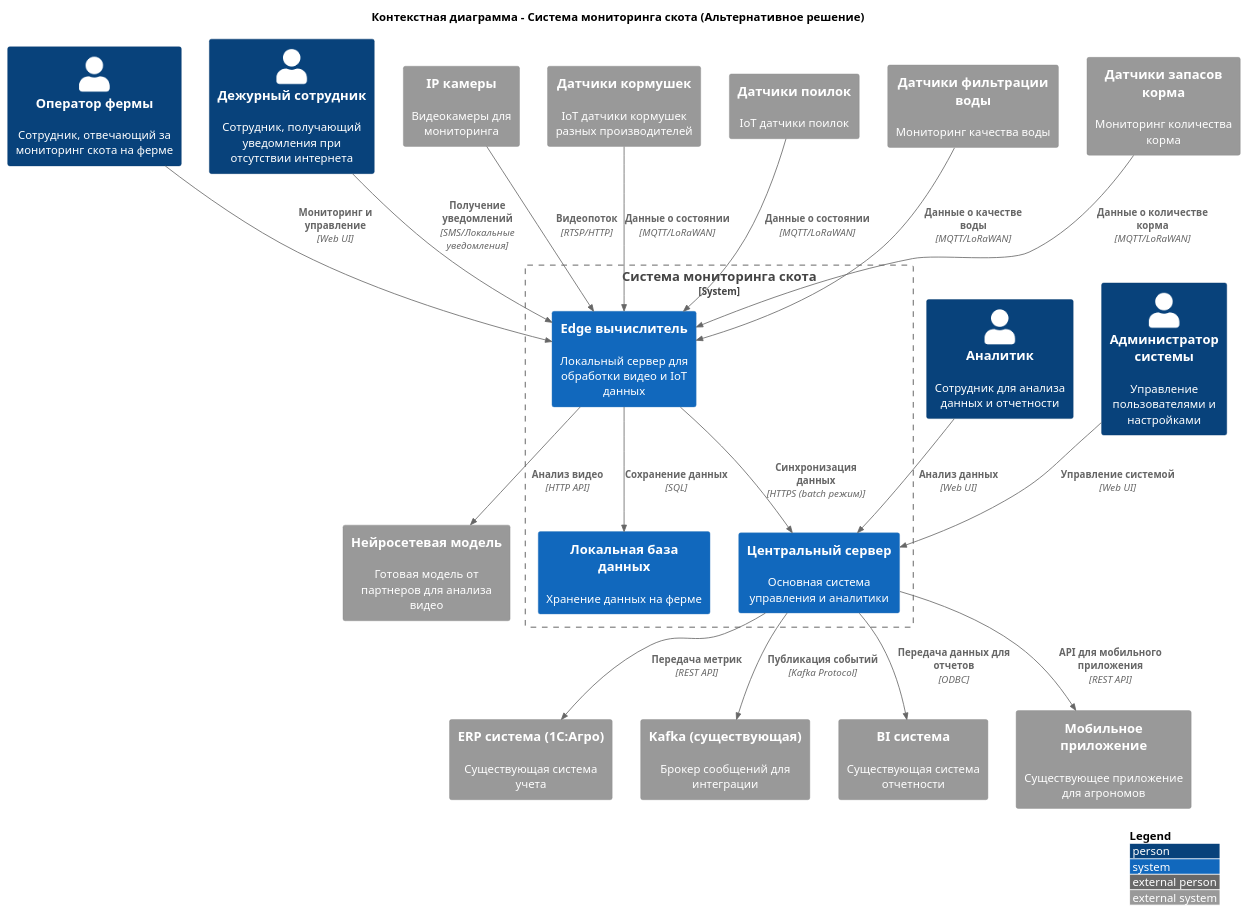
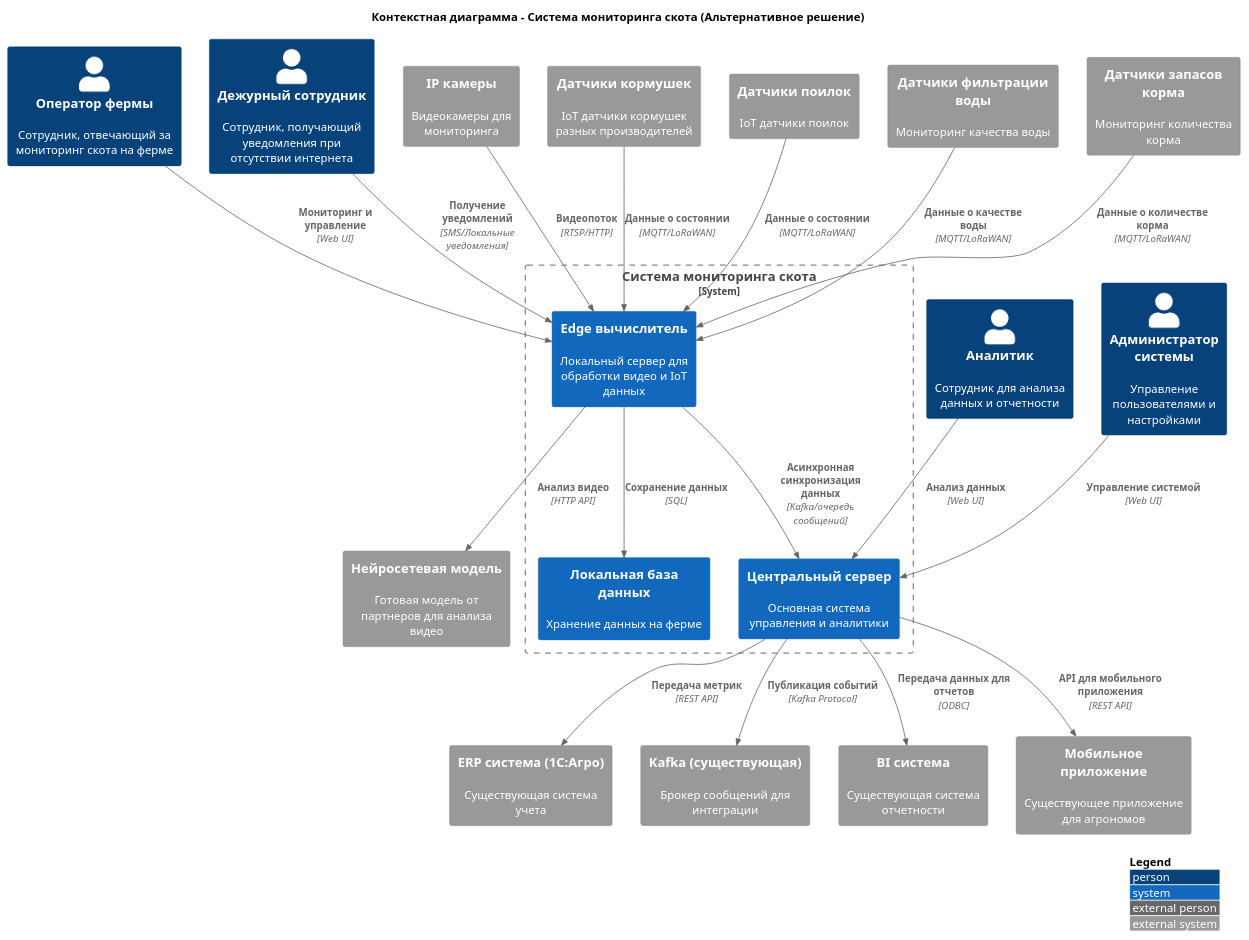
Before and after one commit to andduj/MSA-AgroTech: the diagram in Task1/context_diagram_alternative.puml, drawn with PlantUML. The commit also changed 5 other files, not shown here.

```diff
--- a/Task1/context_diagram_alternative.puml
+++ b/Task1/context_diagram_alternative.puml
@@ -1,59 +1,59 @@
-@startuml Контекстная_диаграмма_Альтернативное_решение
+@startuml
 
 !include https://raw.githubusercontent.com/plantuml-stdlib/C4-PlantUML/master/C4_Context.puml
 
 LAYOUT_WITH_LEGEND()
 
 title Контекстная диаграмма - Система мониторинга скота (Альтернативное решение)
 
 Person(оператор, "Оператор фермы", "Сотрудник, отвечающий за мониторинг скота на ферме")
 Person(дежурный, "Дежурный сотрудник", "Сотрудник, получающий уведомления при отсутствии интернета")
 Person(аналитик, "Аналитик", "Сотрудник для анализа данных и отчетности")
 Person(администратор, "Администратор системы", "Управление пользователями и настройками")
 
 System_Boundary(система_мониторинга, "Система мониторинга скота") {
     System(центральный_сервер, "Центральный сервер", "Основная система управления и аналитики")
     System(edge_вычислитель, "Edge вычислитель", "Локальный сервер для обработки видео и IoT данных")
     System(локальная_база, "Локальная база данных", "Хранение данных на ферме")
 }
 
 System_Ext(erp, "ERP система (1С:Агро)", "Существующая система учета")
 System_Ext(kafka, "Kafka (существующая)", "Брокер сообщений для интеграции")
 System_Ext(bi, "BI система", "Существующая система отчетности")
 System_Ext(мобильное_приложение, "Мобильное приложение", "Существующее приложение для агрономов")
 
 System_Ext(камеры, "IP камеры", "Видеокамеры для мониторинга")
 System_Ext(датчики_кормушки, "Датчики кормушек", "IoT датчики кормушек разных производителей")
 System_Ext(датчики_поилки, "Датчики поилок", "IoT датчики поилок")
 System_Ext(датчики_фильтрации, "Датчики фильтрации воды", "Мониторинг качества воды")
 System_Ext(датчики_запасов, "Датчики запасов корма", "Мониторинг количества корма")
 
 System_Ext(нейросеть, "Нейросетевая модель", "Готовая модель от партнеров для анализа видео")
 
 ' Основные взаимодействия
 Rel(оператор, edge_вычислитель, "Мониторинг и управление", "Web UI")
 Rel(дежурный, edge_вычислитель, "Получение уведомлений", "SMS/Локальные уведомления")
 Rel(аналитик, центральный_сервер, "Анализ данных", "Web UI")
 Rel(администратор, центральный_сервер, "Управление системой", "Web UI")
 
 ' Интеграция с существующими системами
 Rel(центральный_сервер, erp, "Передача метрик", "REST API")
 Rel(центральный_сервер, kafka, "Публикация событий", "Kafka Protocol")
 Rel(центральный_сервер, bi, "Передача данных для отчетов", "ODBC")
 Rel(центральный_сервер, мобильное_приложение, "API для мобильного приложения", "REST API")
 
 ' Взаимодействие с IoT устройствами
 Rel(камеры, edge_вычислитель, "Видеопоток", "RTSP/HTTP")
 Rel(датчики_кормушки, edge_вычислитель, "Данные о состоянии", "MQTT/LoRaWAN")
 Rel(датчики_поилки, edge_вычислитель, "Данные о состоянии", "MQTT/LoRaWAN")
 Rel(датчики_фильтрации, edge_вычислитель, "Данные о качестве воды", "MQTT/LoRaWAN")
 Rel(датчики_запасов, edge_вычислитель, "Данные о количестве корма", "MQTT/LoRaWAN")
 
 ' Локальная обработка и хранение
 Rel(edge_вычислитель, локальная_база, "Сохранение данных", "SQL")
 Rel(edge_вычислитель, нейросеть, "Анализ видео", "HTTP API")
 
-' Синхронизация с центральным сервером
-Rel(edge_вычислитель, центральный_сервер, "Синхронизация данных", "HTTPS (batch режим)")
+' Асинхронная интеграция с центральным сервером
+Rel_D(edge_вычислитель, центральный_сервер, "Асинхронная синхронизация данных", "Kafka/очередь сообщений")
 
 @enduml 
```
